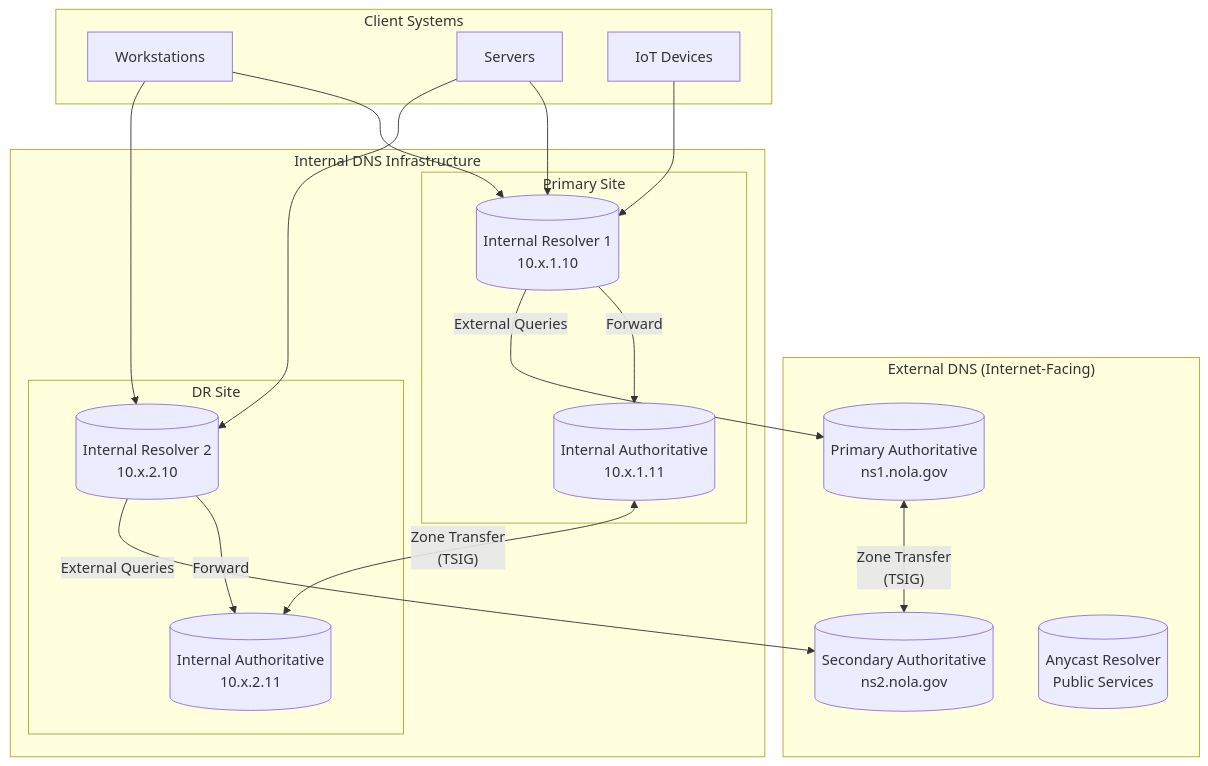
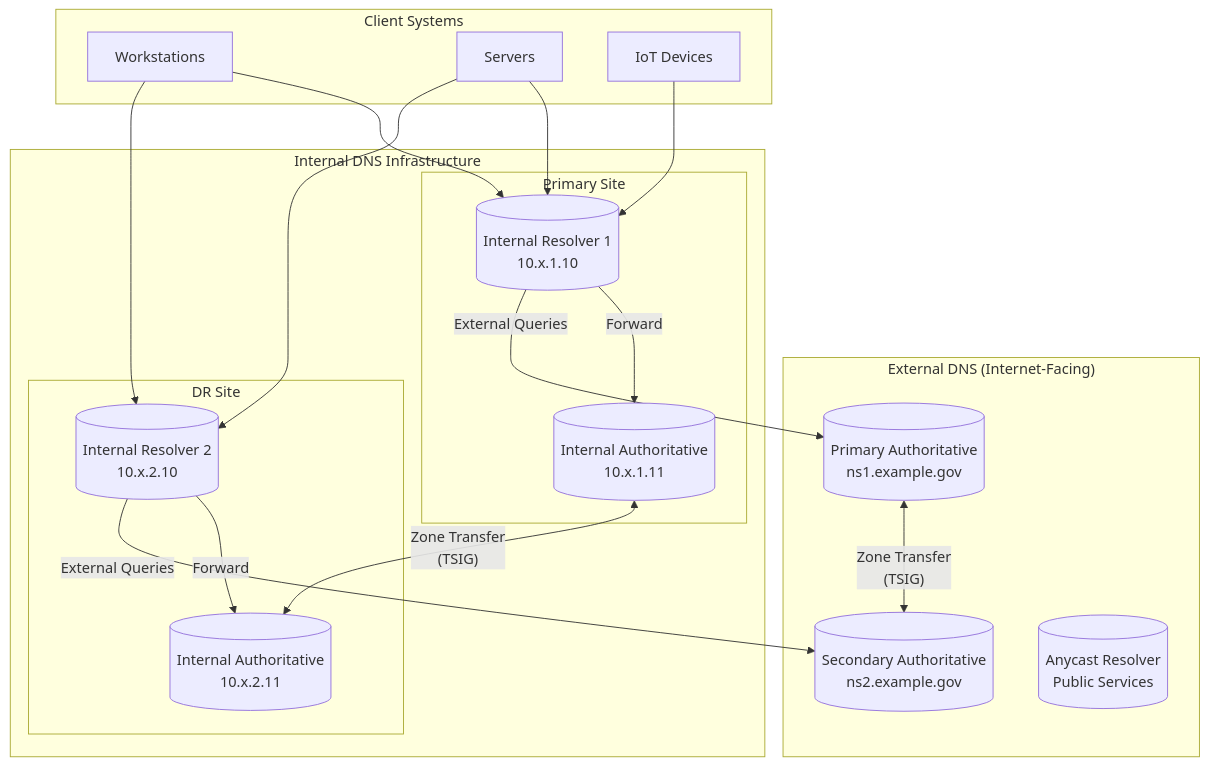
Before and after one commit to NewOrleansITI/networkstandards: the first of 6 diagrams in docs/services/dns-standards.md, drawn with Mermaid. The commit also changed other lines of this file and 17 other files, not shown here.

````diff
--- a/docs/services/dns-standards.md
+++ b/docs/services/dns-standards.md
@@ -38,40 +38,40 @@
 ```mermaid
 graph TB
     subgraph External["External DNS (Internet-Facing)"]
-        EXT1[("Primary Authoritative<br/>ns1.nola.gov")]
-        EXT2[("Secondary Authoritative<br/>ns2.nola.gov")]
+        EXT1[("Primary Authoritative<br/>ns1.example.gov")]
+        EXT2[("Secondary Authoritative<br/>ns2.example.gov")]
         ANYCAST[("Anycast Resolver<br/>Public Services")]
     end
 
     subgraph Internal["Internal DNS Infrastructure"]
         subgraph Primary["Primary Site"]
             INT1[("Internal Resolver 1<br/>10.x.1.10")]
             AUTH1[("Internal Authoritative<br/>10.x.1.11")]
         end
 
         subgraph Secondary["DR Site"]
             INT2[("Internal Resolver 2<br/>10.x.2.10")]
             AUTH2[("Internal Authoritative<br/>10.x.2.11")]
         end
     end
 
     subgraph Clients["Client Systems"]
         WKSTN[Workstations]
         SERVER[Servers]
         IOT[IoT Devices]
     end
 
     EXT1 <--> |"Zone Transfer<br/>(TSIG)"| EXT2
     AUTH1 <--> |"Zone Transfer<br/>(TSIG)"| AUTH2
 
     INT1 --> |"Forward"| AUTH1
     INT2 --> |"Forward"| AUTH2
     INT1 --> |"External Queries"| EXT1
     INT2 --> |"External Queries"| EXT2
 
     WKSTN --> INT1
     WKSTN --> INT2
     SERVER --> INT1
     SERVER --> INT2
     IOT --> INT1
 ```
````
